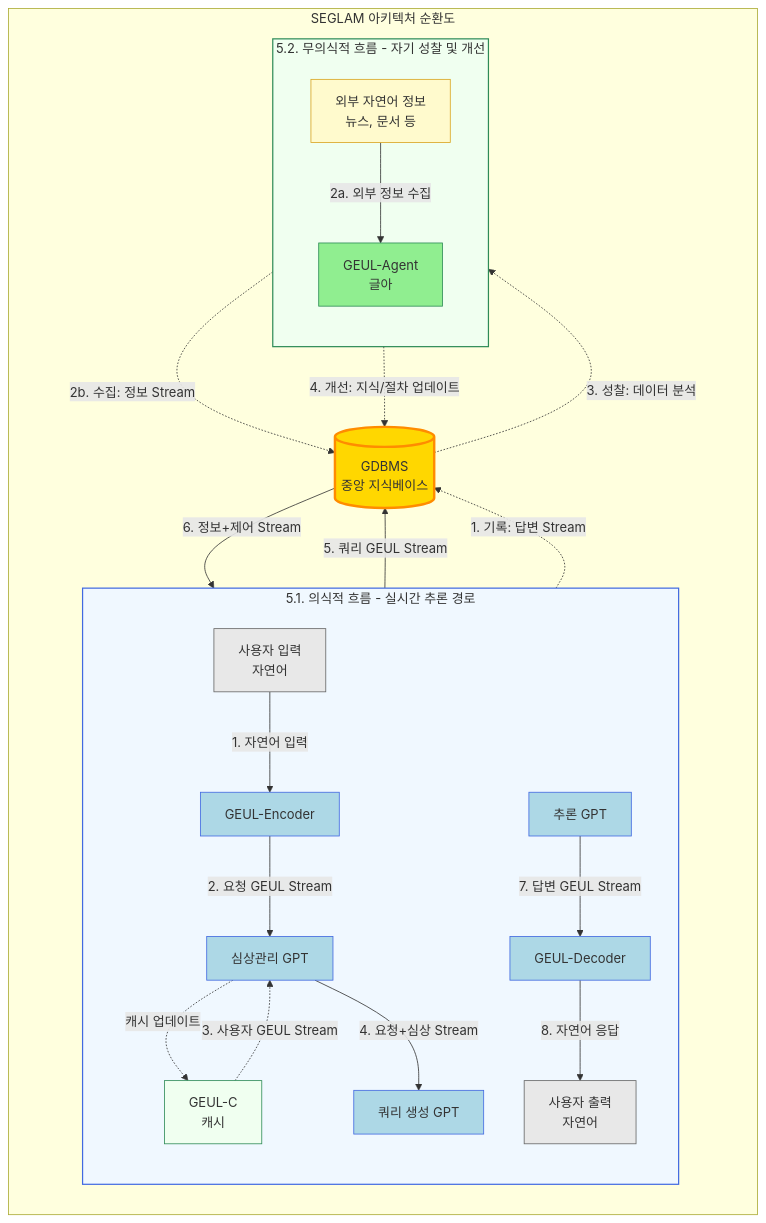
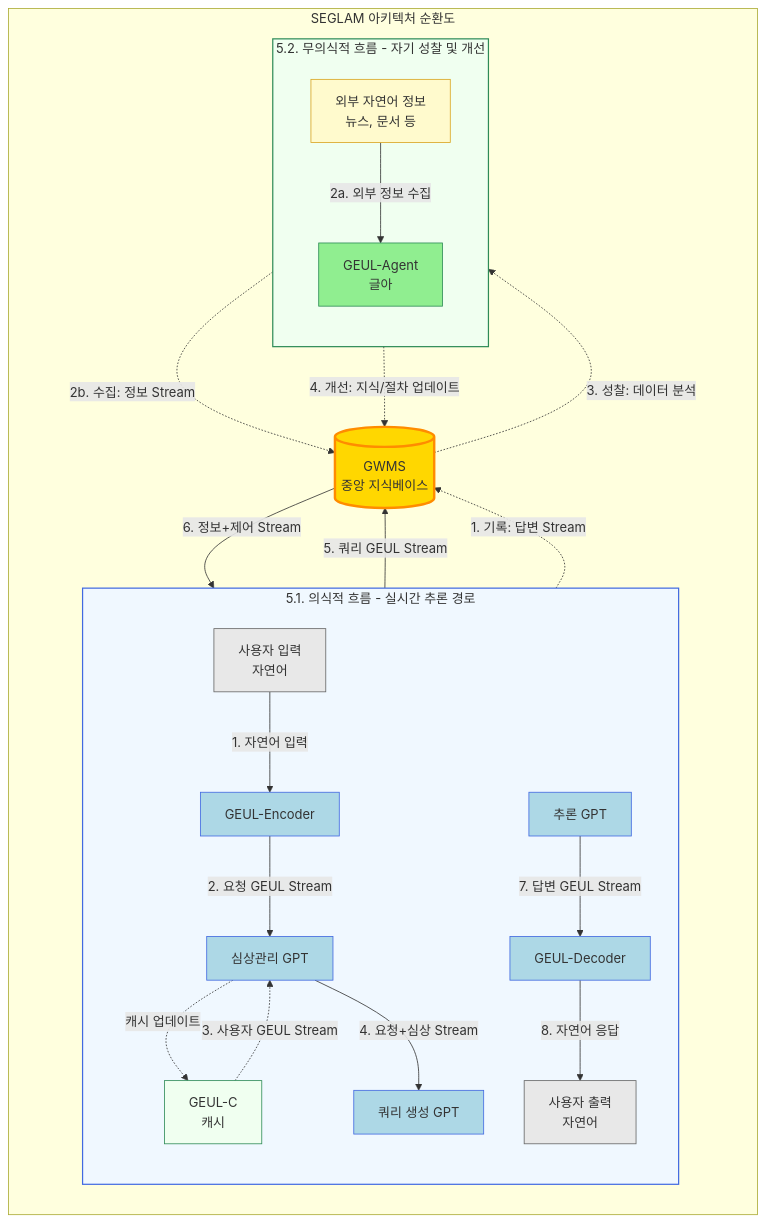
The diagram in docs/GEUL 개요서.md (park-jun-woo/geul), drawn with Mermaid before and after one commit. The commit also changed other lines of this file and 28 other files, not shown here.

Commit message:
GDBMS → GWMS 변경

````diff
--- a/docs/GEUL 개요서.md
+++ b/docs/GEUL 개요서.md
@@ -133,63 +133,63 @@
 ```mermaid
 graph TD
     %% 전체 레이아웃
     subgraph cluster_seglam ["SEGLAM 아키텍처 순환도"]
         direction TB
 
         %% 5.1. 의식적 흐름 - 실시간 추론 경로
         subgraph cluster_conscious ["5.1. 의식적 흐름 - 실시간 추론 경로"]
             direction TB
             style cluster_conscious fill:#f0f8ff,stroke:#4169e1,stroke-width:1.5px
 
             user_in["사용자 입력<br/>자연어"] -->|"1. 자연어 입력"| encoder["GEUL-Encoder"]
             encoder -->|"2. 요청 GEUL Stream"| simsang["심상관리 GPT"]
             
             geul_c["GEUL-C<br/>캐시"] -.->|"3. 사용자 GEUL Stream"| simsang
             simsang -.->|"캐시 업데이트"| geul_c
 
             simsang -->|"4. 요청+심상 Stream"| query["쿼리 생성 GPT"]
             inference["추론 GPT"] -->|"7. 답변 GEUL Stream"| decoder["GEUL-Decoder"]
             decoder -->|"8. 자연어 응답"| user_out["사용자 출력<br/>자연어"]
 
             %% 노드 스타일
             style user_in fill:#e8e8e8,stroke:#666
             style user_out fill:#e8e8e8,stroke:#666
             style encoder fill:#add8e6,stroke:#4169e1
             style simsang fill:#add8e6,stroke:#4169e1
             style query fill:#add8e6,stroke:#4169e1
             style inference fill:#add8e6,stroke:#4169e1
             style decoder fill:#add8e6,stroke:#4169e1
             style geul_c fill:#f0fff0,stroke:#2e8b57
         end
 
         %% 5.2. 무의식적 흐름 - 자기 성찰 및 개선
         subgraph cluster_unconscious ["5.2. 무의식적 흐름 - 자기 성찰 및 개선"]
             direction TB
             style cluster_unconscious fill:#f0fff0,stroke:#2e8b57,stroke-width:1.5px
 
             external["외부 자연어 정보<br/>뉴스, 문서 등"] -->|"2a. 외부 정보 수집"| agent["GEUL-Agent<br/>글아"]
             
             %% 노드 스타일
             style external fill:#fffacd,stroke:#daa520
             style agent fill:#90ee90,stroke:#2e8b57
         end
 
-        %% 중앙 GDBMS
-        gdbms[("GDBMS<br/>중앙 지식베이스")]
+        %% 중앙 GWMS
+        GWMS[("GWMS<br/>중앙 지식베이스")]
 
         %% 클러스터 간 연결
         
-        %% 의식적 흐름과 GDBMS 연결
-        query -->|"5. 쿼리 GEUL Stream"| gdbms
-        gdbms -->|"6. 정보+제어 Stream"| inference
+        %% 의식적 흐름과 GWMS 연결
+        query -->|"5. 쿼리 GEUL Stream"| GWMS
+        GWMS -->|"6. 정보+제어 Stream"| inference
 
-        %% 무의식적 흐름과 GDBMS 연결
-        inference -.->|"1. 기록: 답변 Stream"| gdbms
-        agent -.->|"2b. 수집: 정보 Stream"| gdbms
-        gdbms -.->|"3. 성찰: 데이터 분석"| agent
-        agent -.->|"4. 개선: 지식/절차 업데이트"| gdbms
+        %% 무의식적 흐름과 GWMS 연결
+        inference -.->|"1. 기록: 답변 Stream"| GWMS
+        agent -.->|"2b. 수집: 정보 Stream"| GWMS
+        GWMS -.->|"3. 성찰: 데이터 분석"| agent
+        agent -.->|"4. 개선: 지식/절차 업데이트"| GWMS
 
-        %% GDBMS 스타일
-        style gdbms fill:#ffd700,stroke:#ff8c00,stroke-width:3px
+        %% GWMS 스타일
+        style GWMS fill:#ffd700,stroke:#ff8c00,stroke-width:3px
     end
 ```
````
